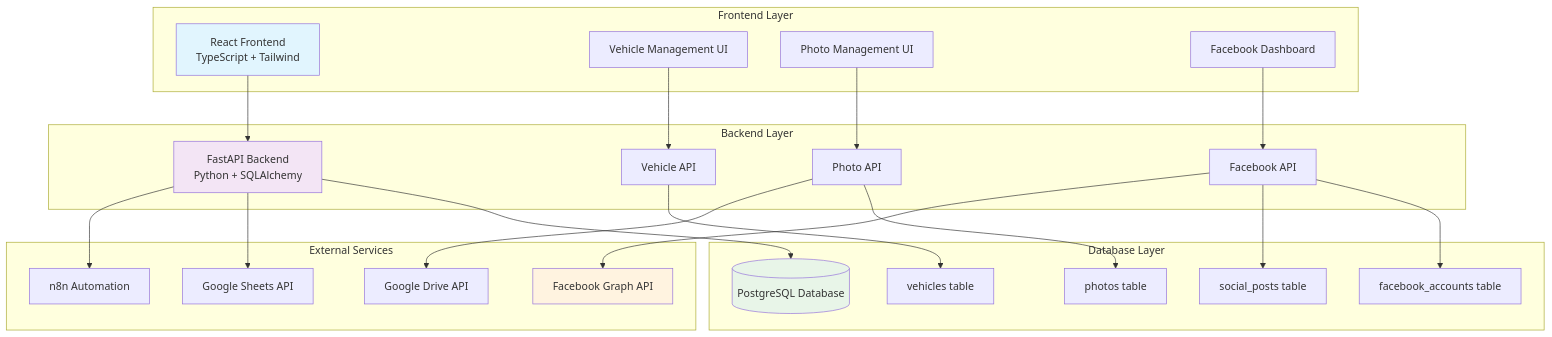
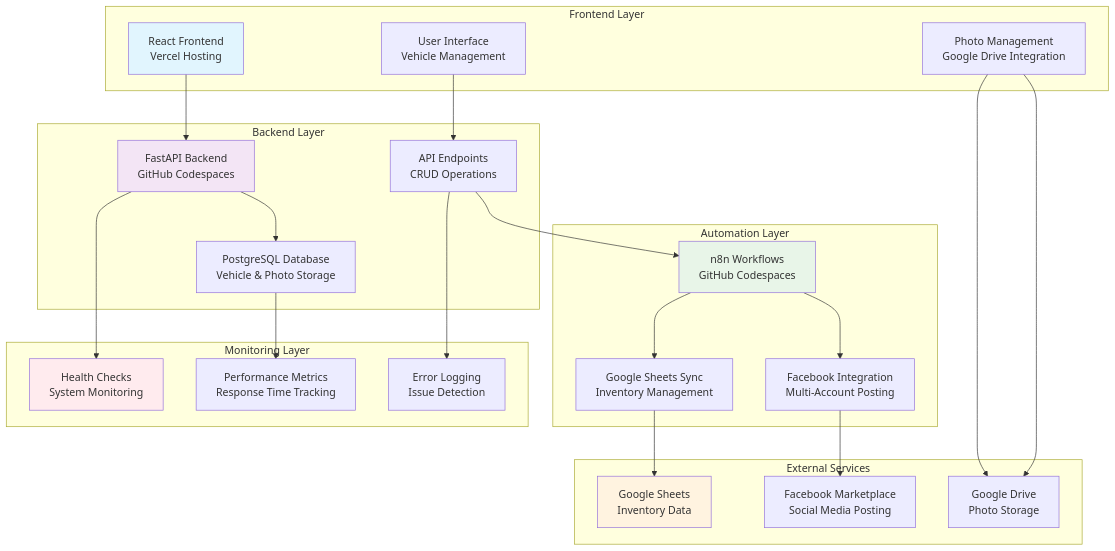
The second of 5 diagrams in README.md (mg22mex/finalproject-mg), drawn with Mermaid before and after one commit. The commit also changed other lines of this file and 61386 other files, not shown here.

````diff
--- a/README.md
+++ b/README.md
@@ -171,52 +179,52 @@
 ```mermaid
 graph TB
     subgraph "Frontend Layer"
-        A[React Frontend<br/>TypeScript + Tailwind]
-        B[Vehicle Management UI]
-        C[Photo Management UI]
-        D[Facebook Dashboard]
+        A[React Frontend<br/>Vercel Hosting]
+        B[User Interface<br/>Vehicle Management]
+        C[Photo Management<br/>Google Drive Integration]
     end
     
     subgraph "Backend Layer"
-        E[FastAPI Backend<br/>Python + SQLAlchemy]
-        F[Vehicle API]
-        G[Photo API]
-        H[Facebook API]
+        D[FastAPI Backend<br/>GitHub Codespaces]
+        E[PostgreSQL Database<br/>Vehicle & Photo Storage]
+        F[API Endpoints<br/>CRUD Operations]
     end
     
-    subgraph "Database Layer"
-        I[(PostgreSQL Database)]
-        J[vehicles table]
-        K[photos table]
-        L[facebook_accounts table]
-        M[social_posts table]
+    subgraph "Automation Layer"
+        G[n8n Workflows<br/>GitHub Codespaces]
+        H[Google Sheets Sync<br/>Inventory Management]
+        I[Facebook Integration<br/>Multi-Account Posting]
     end
     
     subgraph "External Services"
-        N[Facebook Graph API]
-        O[Google Drive API]
-        P[Google Sheets API]
-        Q[n8n Automation]
+        J[Google Sheets<br/>Inventory Data]
+        K[Facebook Marketplace<br/>Social Media Posting]
+        L[Google Drive<br/>Photo Storage]
     end
     
-    A --> E
+    subgraph "Monitoring Layer"
+        M[Health Checks<br/>System Monitoring]
+        N[Performance Metrics<br/>Response Time Tracking]
+        O[Error Logging<br/>Issue Detection]
+    end
+    
+    A --> D
     B --> F
-    C --> G
-    D --> H
-    
-    E --> I
-    F --> J
-    G --> K
-    H --> L
-    H --> M
-    
-    H --> N
-    G --> O
-    E --> P
-    E --> Q
+    C --> L
+    D --> E
+    F --> G
+    G --> H
+    G --> I
+    H --> J
+    I --> K
+    C --> L
+    D --> M
+    E --> N
+    F --> O
     
     style A fill:#e1f5fe
-    style E fill:#f3e5f5
-    style I fill:#e8f5e8
-    style N fill:#fff3e0
+    style D fill:#f3e5f5
+    style G fill:#e8f5e8
+    style J fill:#fff3e0
+    style M fill:#ffebee
 ```
````
